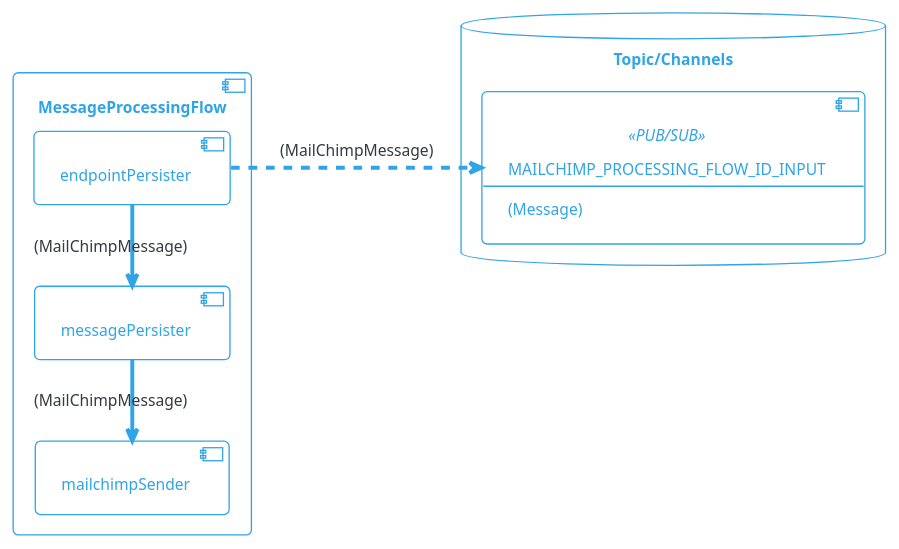
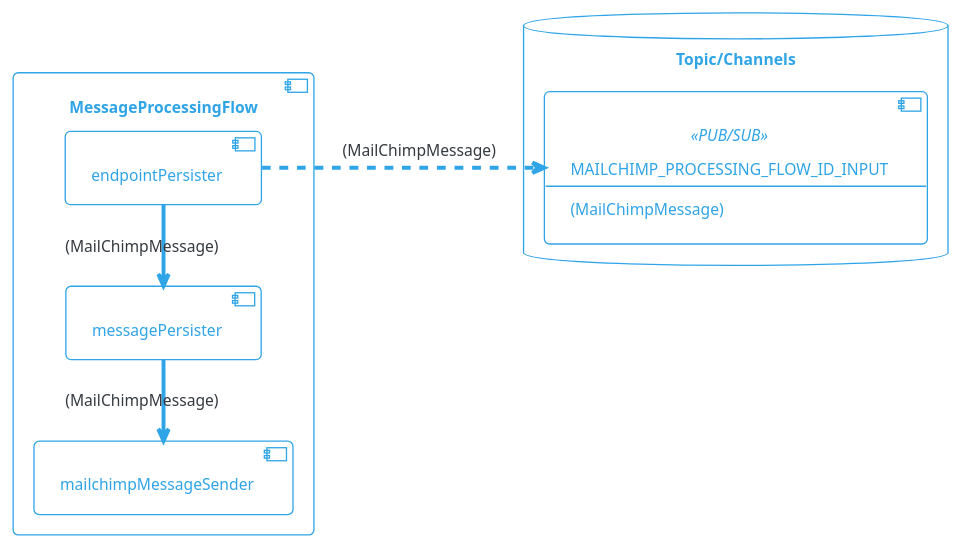
One commit to com-obj/notiflow changed the diagram in docs/diagrams/src/mailchimp-processing-flow.puml. Above: the diagram before and after it, drawn with PlantUML. The commit also changed 2 other files, not shown here.

```diff
--- a/docs/diagrams/src/mailchimp-processing-flow.puml
+++ b/docs/diagrams/src/mailchimp-processing-flow.puml
@@ -1,34 +1,34 @@
 @startuml
 
 !theme cerulean-outline
 
 left to right direction
 
 skinparam backgroundcolor White
 skinparam component {
     backgroundColor<<user defined>> LightGray
 }
 
 
 database "Topic/Channels" {
     component MAILCHIMP_PROCESSING_FLOW_ID_INPUT<<PUB/SUB>>[
         MAILCHIMP_PROCESSING_FLOW_ID_INPUT
         --
-        (Message)
+        (MailChimpMessage)
     ]
 
 }
 
 component "MessageProcessingFlow" {
     [endpointPersister]
     [messagePersister]
-    [mailchimpSender]    
+    [mailchimpMessageSender]    
 
     endpointPersister -l-> messagePersister: (MailChimpMessage)
-    messagePersister -l-> mailchimpSender: (MailChimpMessage)
+    messagePersister -l-> mailchimpMessageSender: (MailChimpMessage)
     endpointPersister ..> MAILCHIMP_PROCESSING_FLOW_ID_INPUT : (MailChimpMessage) 
 
 }
 
 
 @enduml
```
